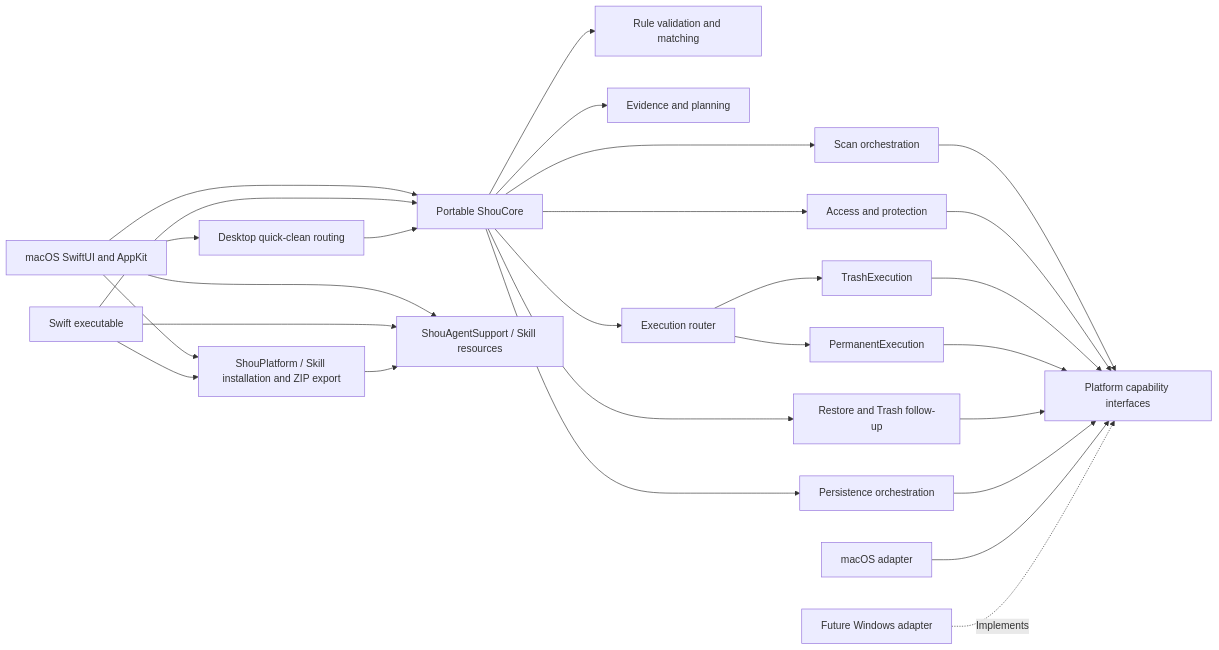
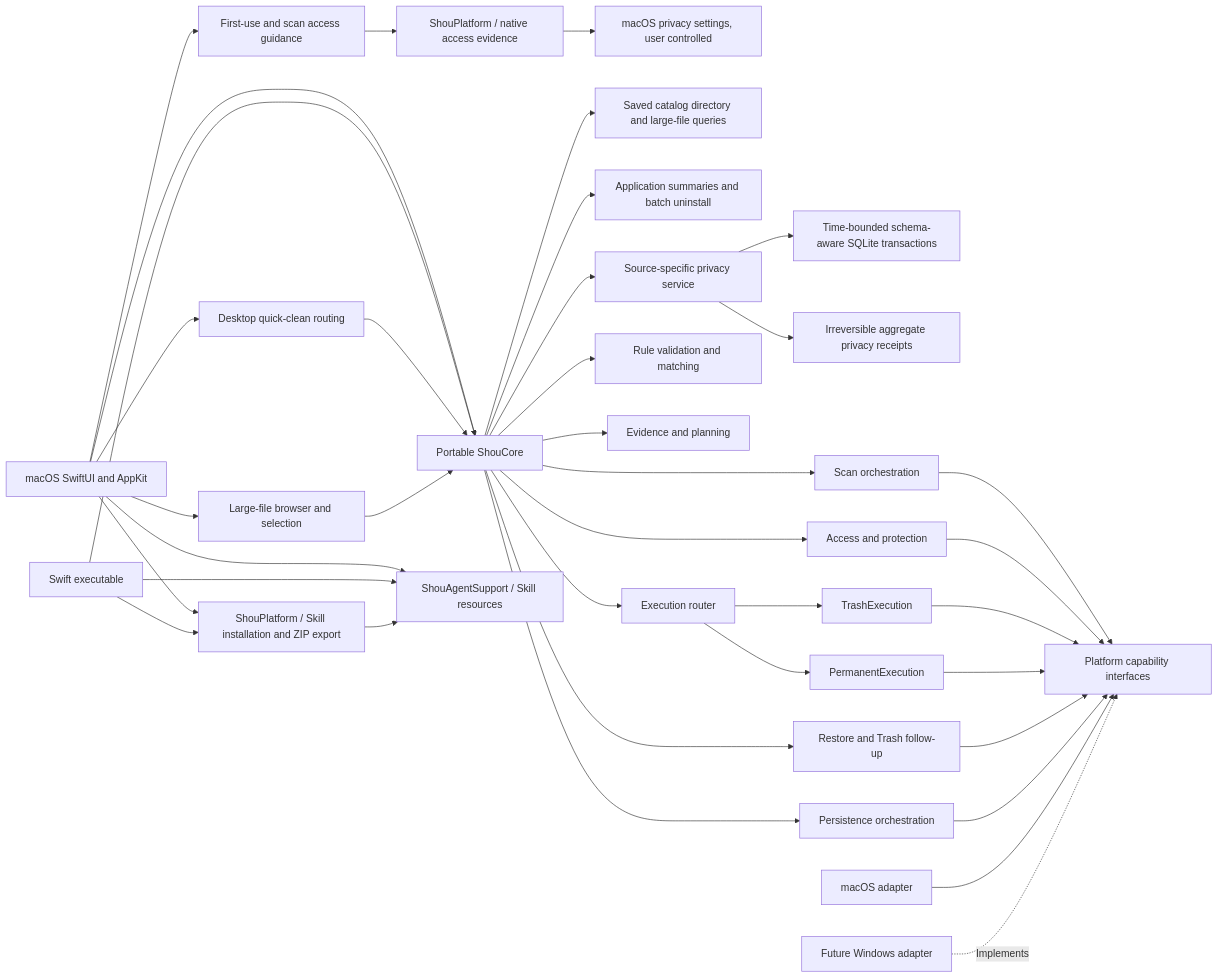
One commit to limecloud/shou changed the second of 5 diagrams in docs/architecture/system-design.md. Above: the diagram before and after it, drawn with Mermaid. The commit also changed other lines of this file and 117 other files, not shown here.

````diff
--- a/docs/architecture/system-design.md
+++ b/docs/architecture/system-design.md
@@ -44,29 +44,39 @@
 ```mermaid
 flowchart LR
     App[macOS SwiftUI and AppKit] --> Core[Portable ShouCore]
+    App --> Setup[First-use and scan access guidance]
+    Setup --> Access[ShouPlatform / native access evidence]
+    Access --> Privacy[macOS privacy settings, user controlled]
     App --> AgentSupport[ShouAgentSupport / Skill resources]
     CLI --> AgentSupport
     App --> SkillInstall[ShouPlatform / Skill installation and ZIP export]
     CLI --> SkillInstall
     SkillInstall --> AgentSupport
     CLI[Swift executable] --> Core
     App --> Quick[Desktop quick-clean routing]
     Quick --> Core
+    App --> LargeFiles[Large-file browser and selection]
+    LargeFiles --> Core
+    Core --> CatalogQuery[Saved catalog directory and large-file queries]
+    Core --> Uninstall[Application summaries and batch uninstall]
+    Core --> PrivacyService[Source-specific privacy service]
+    PrivacyService --> SQLite[Time-bounded schema-aware SQLite transactions]
+    PrivacyService --> PrivacyReceipts[Irreversible aggregate privacy receipts]
     Core --> Rules[Rule validation and matching]
     Core --> Scanner[Scan orchestration]
     Core --> Planner[Evidence and planning]
     Core --> Safety[Access and protection]
     Core --> Router[Execution router]
     Router --> TrashExec[TrashExecution]
     Router --> PurgeExec[PermanentExecution]
     Core --> FollowUp[Restore and Trash follow-up]
     Core --> Store[Persistence orchestration]
     Scanner --> Interfaces[Platform capability interfaces]
     Safety --> Interfaces
     TrashExec --> Interfaces
     PurgeExec --> Interfaces
     FollowUp --> Interfaces
     Store --> Interfaces
     Mac[macOS adapter] --> Interfaces
     Win[Future Windows adapter] -.Implements.-> Interfaces
 ```
````
